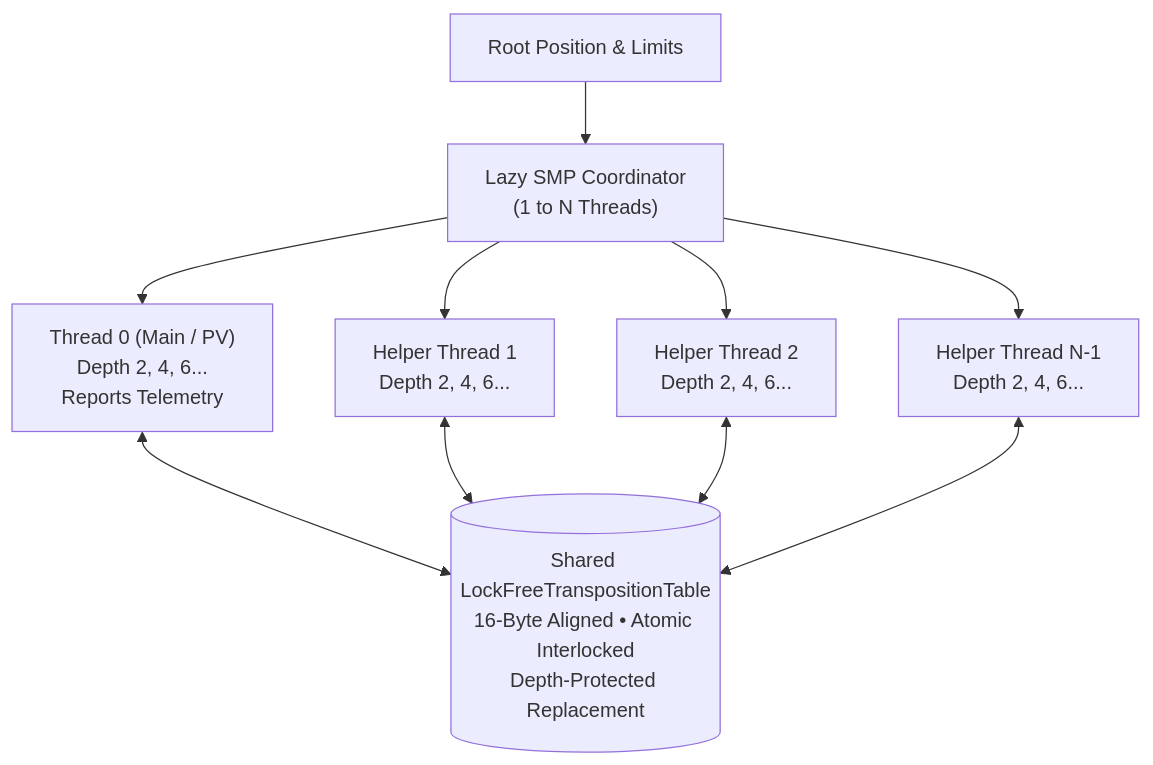
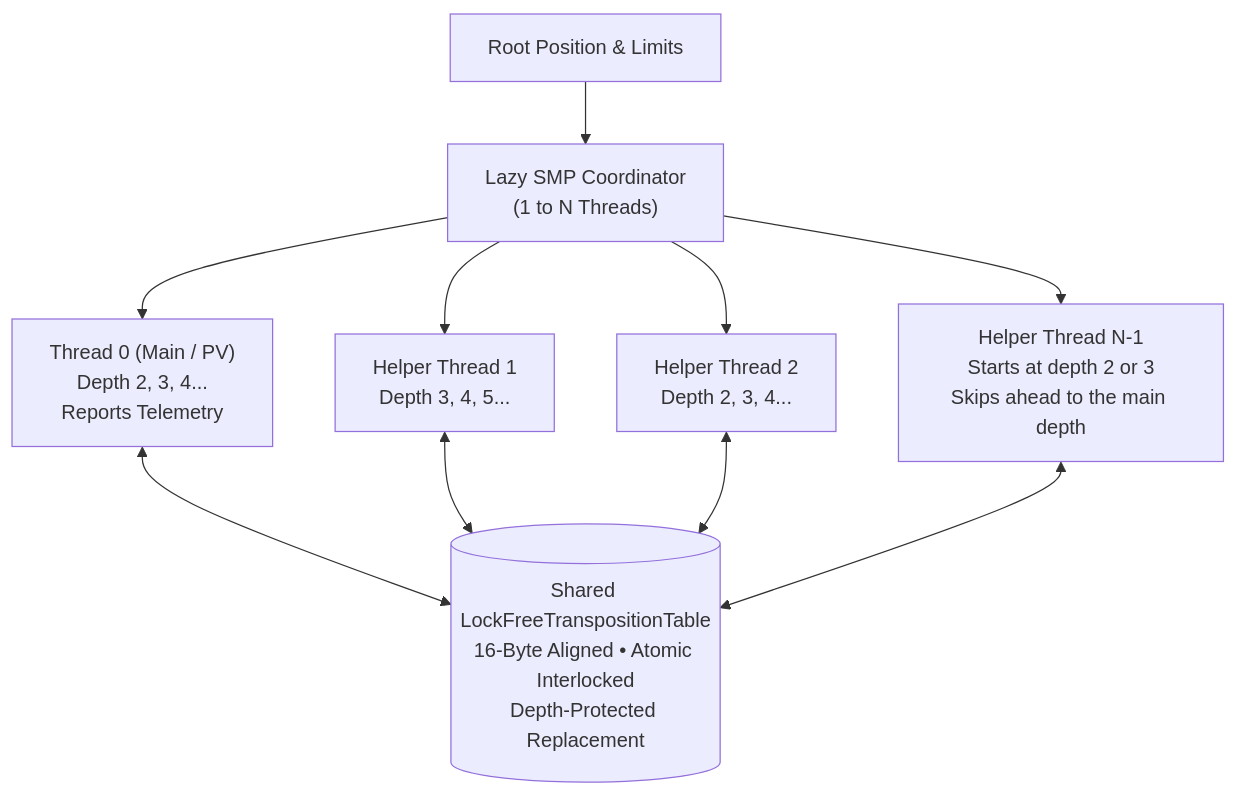
The second of 3 diagrams in docs/brain/08-midgame-search.md (cjp-dev/Gomoku), drawn with Mermaid before and after one commit. The commit also changed other lines of this file and 26 other files, not shown here.

````diff
--- a/docs/brain/08-midgame-search.md
+++ b/docs/brain/08-midgame-search.md
@@ -220,13 +208,13 @@
 ```mermaid
 flowchart TD
-    Root["Root Position & Limits"] --> Dispatch["Lazy SMP Coordinator<br/>(1 to N Threads)"]
-    Dispatch --> T0["Thread 0 (Main / PV)<br/>Depth 2, 4, 6...<br/>Reports Telemetry"]
-    Dispatch --> T1["Helper Thread 1<br/>Depth 2, 4, 6..."]
-    Dispatch --> T2["Helper Thread 2<br/>Depth 2, 4, 6..."]
-    Dispatch --> TN["Helper Thread N-1<br/>Depth 2, 4, 6..."]
+    Root["Root Position &amp; Limits"] --> Dispatch["Lazy SMP Coordinator<br/>(1 to N Threads)"]
+    Dispatch --> T0["Thread 0 (Main / PV)<br/>Depth 2, 3, 4...<br/>Reports Telemetry"]
+    Dispatch --> T1["Helper Thread 1<br/>Depth 3, 4, 5..."]
+    Dispatch --> T2["Helper Thread 2<br/>Depth 2, 3, 4..."]
+    Dispatch --> TN["Helper Thread N-1<br/>Starts at depth 2 or 3<br/>Skips ahead to the main depth"]
 
     T0 <--> TT[("Shared LockFreeTranspositionTable<br/>16-Byte Aligned • Atomic Interlocked<br/>Depth-Protected Replacement")]
     T1 <--> TT
     T2 <--> TT
     TN <--> TT
 ```
````
